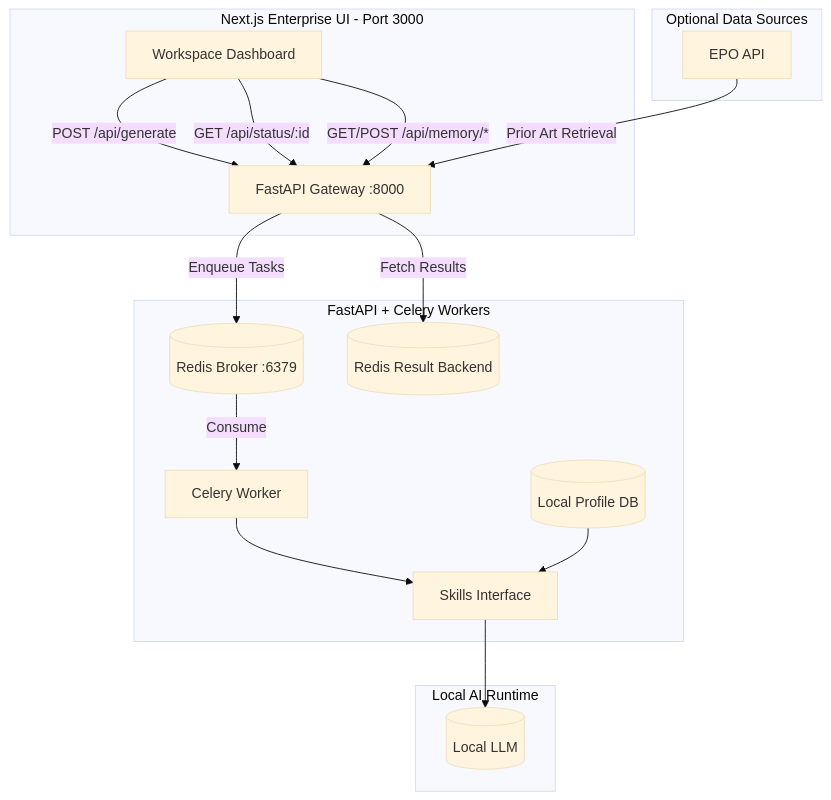
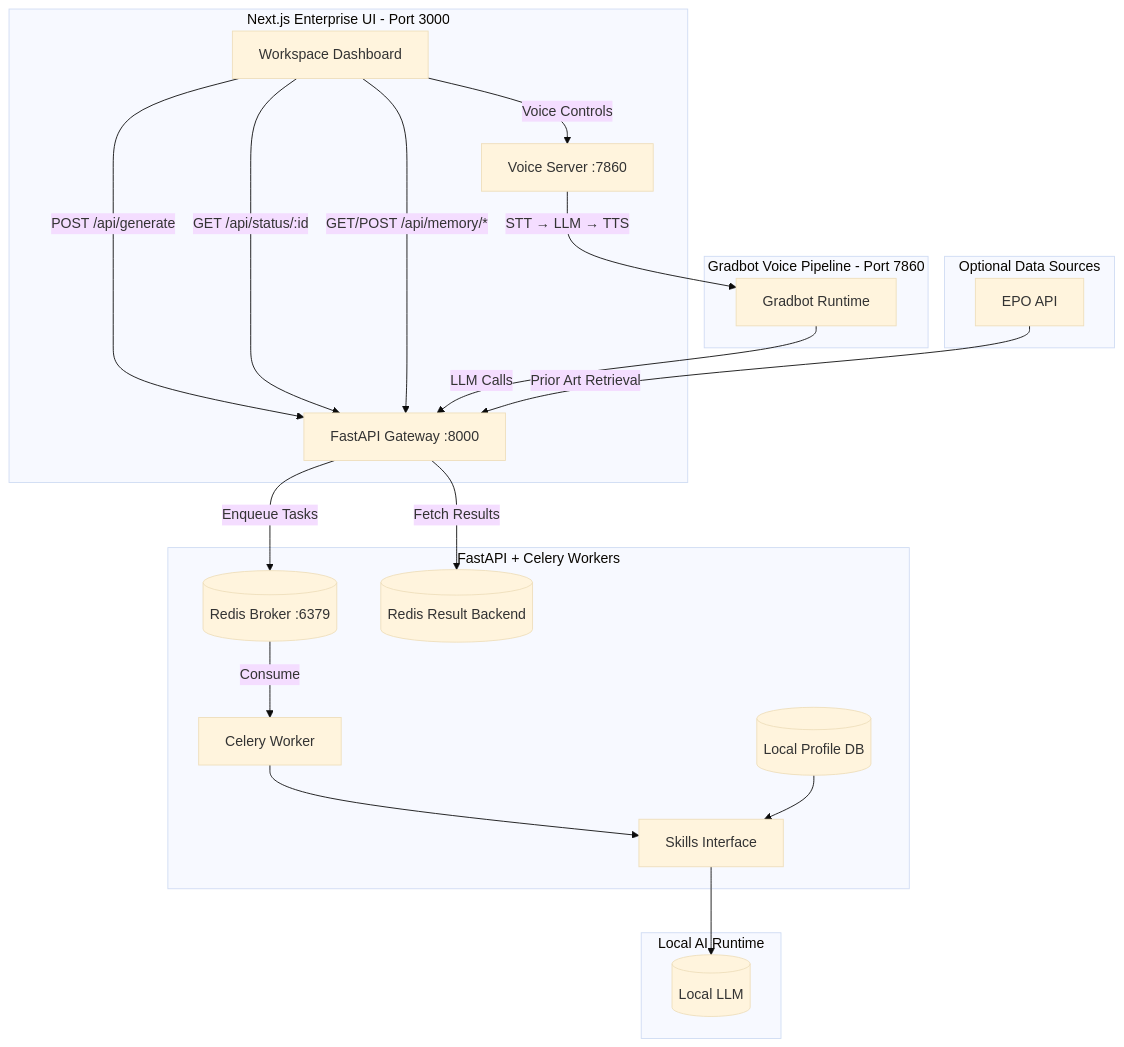
Before and after one commit to sinonchum/PatentFlow: the diagram in README.md, drawn with Mermaid (base theme). The commit also changed other lines of this file, not shown here.

Commit message:
docs: add voice interaction and Fastino privacy mode to README

````diff
--- a/README.md
+++ b/README.md
@@ -51,26 +51,32 @@
 ```mermaid
 graph TD
     subgraph Frontend [Next.js Enterprise UI - Port 3000]
         UI[Workspace Dashboard]
         UI -->|POST /api/generate| API[FastAPI Gateway :8000]
         UI -->|GET /api/status/:id| API
         UI -->|GET/POST /api/memory/*| API
+        UI -->|Voice Controls| VoiceS[Voice Server :7860]
+    end
+
+    subgraph Voice [Gradbot Voice Pipeline - Port 7860]
+        VoiceS -->|STT → LLM → TTS| GradbotRT[Gradbot Runtime]
+        GradbotRT -->|LLM Calls| API
     end
 
     subgraph Backend [FastAPI + Celery Workers]
         API -->|Enqueue Tasks| Broker[(Redis Broker :6379)]
         API -->|Fetch Results| BackendRedis[(Redis Result Backend)]
         Broker -->|Consume| Worker[Celery Worker]
 
         Worker --> Skills[Skills Interface]
         SQLite[(Local Profile DB)] --> Skills
     end
 
     subgraph External [Optional Data Sources]
         EPO[EPO API] -->|Prior Art Retrieval| API
     end
 
     subgraph AI [Local AI Runtime]
         Skills --> LLM[(Local LLM)]
     end
 ```
````
